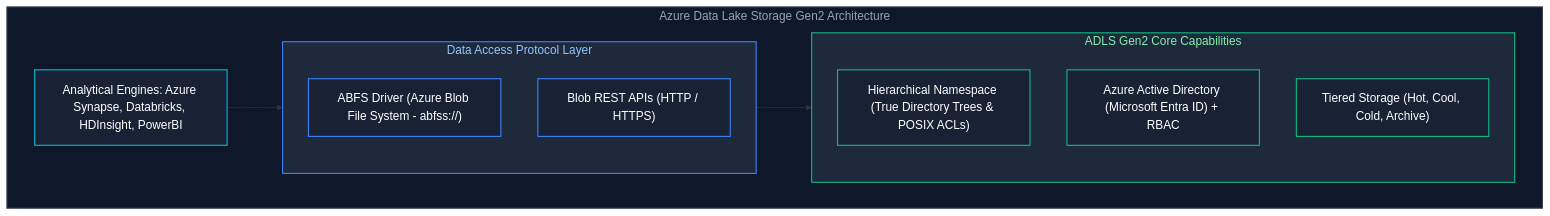
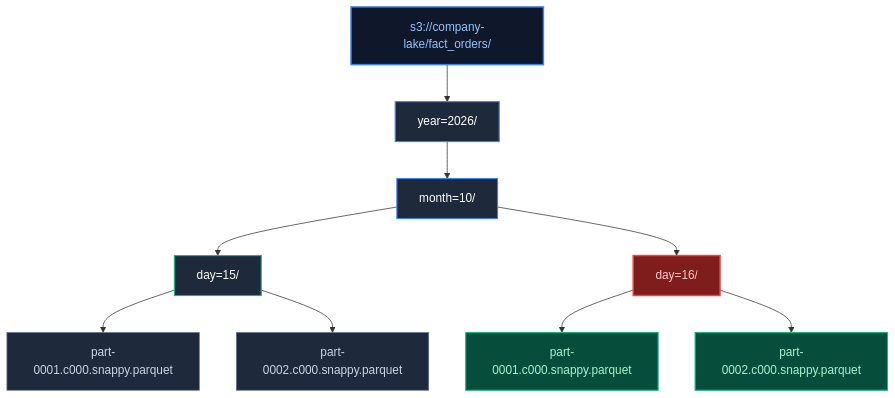
One commit to joydeep-biswas/Interview-Preparation changed the tenth of 11 diagrams in Data Engineering/07_file_formats_and_storage.md. Above: the diagram before and after it, drawn with Mermaid. The commit also changed other lines of this file and 143 other files, not shown here.

````diff
--- a/Data Engineering/07_file_formats_and_storage.md
+++ b/Data Engineering/07_file_formats_and_storage.md
@@ -635,31 +563,28 @@
 ```mermaid
 flowchart TD
-    subgraph ADLSGen2Core ["Azure Data Lake Storage Gen2 Architecture"]
-        Apps["Analytical Engines: Azure Synapse, Databricks, HDInsight, PowerBI"]
-        
-        subgraph DriverLayer ["Data Access Protocol Layer"]
-            ABFS["ABFS Driver (Azure Blob File System - abfss://)"]
-            REST["Blob REST APIs (HTTP / HTTPS)"]
-        end
+    Root["s3://company-lake/fact_orders/"]
+    Y2026["year=2026/"]
+    M10["month=10/"]
+    D15["day=15/"]
+    D16["day=16/"]
+    F1["part-0001.c000.snappy.parquet"]
+    F2["part-0002.c000.snappy.parquet"]
+    F3["part-0001.c000.snappy.parquet"]
+    F4["part-0002.c000.snappy.parquet"]
 
-        subgraph CoreFeatures ["ADLS Gen2 Core Capabilities"]
-            HNS["Hierarchical Namespace (True Directory Trees & POSIX ACLs)"]
-            Sec["Azure Active Directory (Microsoft Entra ID) + RBAC"]
-            Tiers["Tiered Storage (Hot, Cool, Cold, Archive)"]
-        end
+    Root --> Y2026 --> M10
+    M10 --> D15
+    M10 --> D16
+    D15 --> F1 & F2
+    D16 --> F3 & F4
 
-        Apps --> DriverLayer
-        DriverLayer --> CoreFeatures
-    end
-
-    style ADLSGen2Core fill:#0f172a,stroke:#334155,stroke-width:1.5px,color:#94a3b8
-    style DriverLayer fill:#1e293b,stroke:#3b82f6,stroke-width:1.5px,color:#93c5fd
-    style CoreFeatures fill:#1e293b,stroke:#10b981,stroke-width:1.5px,color:#86efac
-
-    style Apps fill:#182234,stroke:#06b6d4,stroke-width:1.5px,color:#fff
-    style ABFS fill:#182234,stroke:#3b82f6,stroke-width:1.5px,color:#fff
-    style REST fill:#182234,stroke:#3b82f6,stroke-width:1.5px,color:#fff
-    style HNS fill:#182234,stroke:#10b981,stroke-width:1.5px,color:#fff
-    style Sec fill:#182234,stroke:#10b981,stroke-width:1.5px,color:#fff
-    style Tiers fill:#182234,stroke:#10b981,stroke-width:1.5px,color:#fff
+    style Root fill:#0f172a,stroke:#3b82f6,stroke-width:2px,color:#93c5fd
+    style Y2026 fill:#1e293b,stroke:#3b82f6,stroke-width:1.5px,color:#fff
+    style M10 fill:#1e293b,stroke:#3b82f6,stroke-width:1.5px,color:#fff
+    style D15 fill:#1e293b,stroke:#10b981,stroke-width:1.5px,color:#fff
+    style D16 fill:#7f1d1d,stroke:#ef4444,stroke-width:2px,color:#fecaca
+    style F1 fill:#1e293b,stroke:#64748b,stroke-width:1px,color:#cbd5e1
+    style F2 fill:#1e293b,stroke:#64748b,stroke-width:1px,color:#cbd5e1
+    style F3 fill:#064e3b,stroke:#10b981,stroke-width:1.5px,color:#a7f3d0
+    style F4 fill:#064e3b,stroke:#10b981,stroke-width:1.5px,color:#a7f3d0
 ```
````
